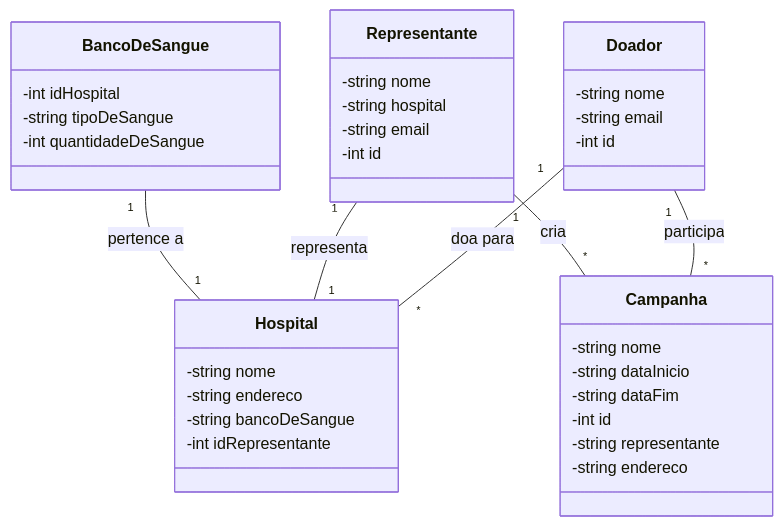
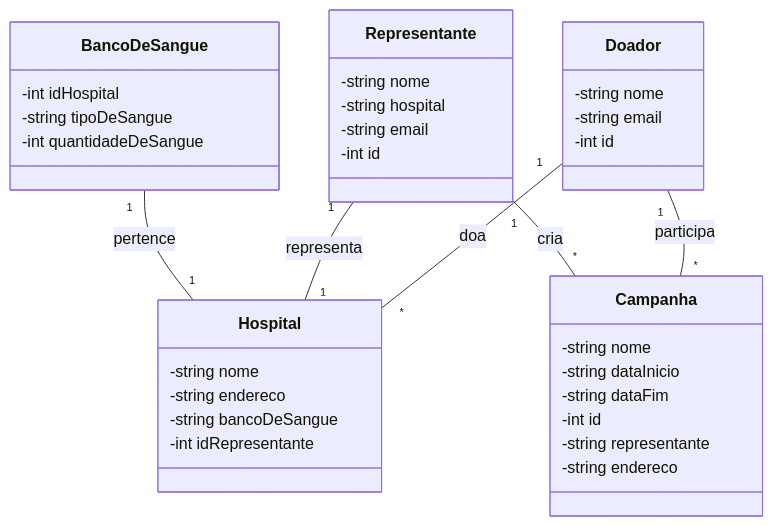
One commit to Derickin06/Projeto_doacao_de_sangue changed the diagram in README.md. Above: the diagram before and after it, drawn with Mermaid.

````diff
--- a/README.md
+++ b/README.md
@@ -14,44 +14,44 @@
 ```mermaid
 classDiagram
 
 class Doador {
     -string nome
     -string email
     -int id
 }
 
 class Representante {
     -string nome
     -string hospital
     -string email
     -int id
 }
 
 class Hospital {
     -string nome
     -string endereco
     -string bancoDeSangue
     -int idRepresentante
 }
 
 class Campanha {
     -string nome
     -string dataInicio
     -string dataFim
     -int id
     -string representante
     -string endereco
 }
 
 class BancoDeSangue {
     -int idHospital
     -string tipoDeSangue
     -int quantidadeDeSangue
 }
 
-Doador "1" -- "*" Hospital : doa para
+Doador "1" -- "*" Hospital : doa 
 Doador "1" -- "*" Campanha : participa
 Representante "1" -- "1" Hospital : representa
 Representante "1" -- "*" Campanha : cria
-BancoDeSangue "1" -- "1" Hospital : pertence a
+BancoDeSangue "1" -- "1" Hospital : pertence 
 ```
````
